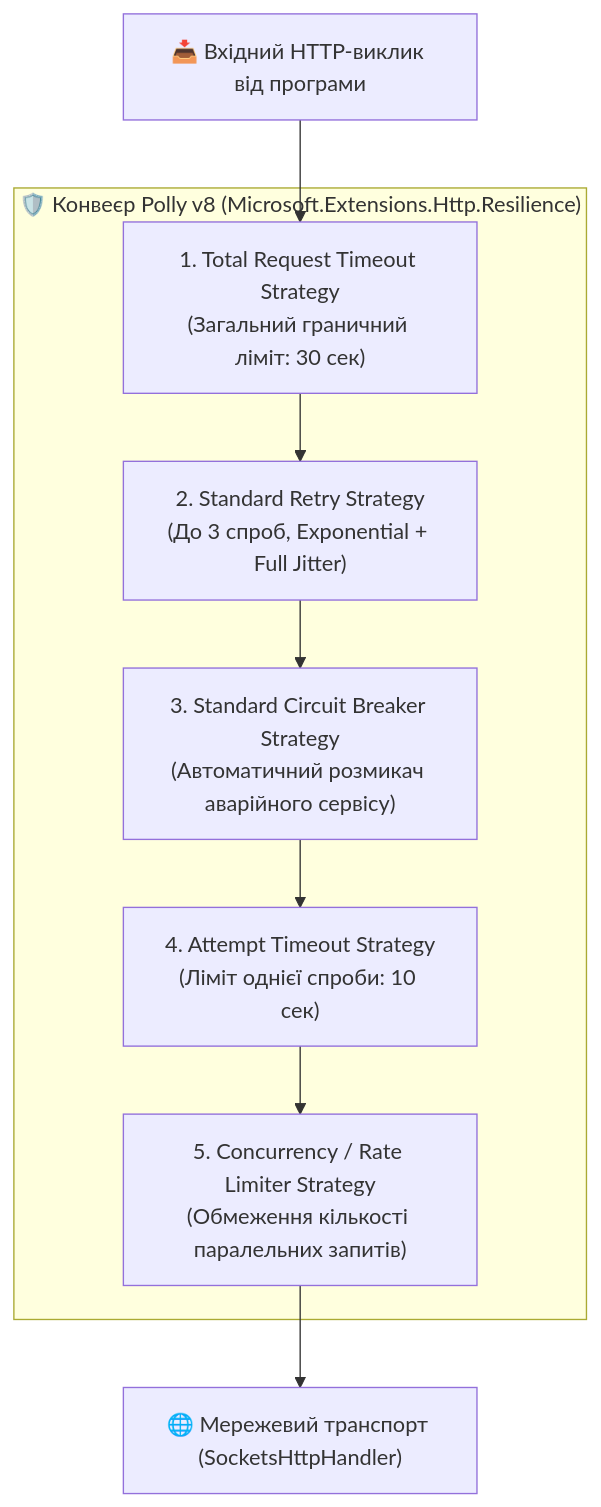
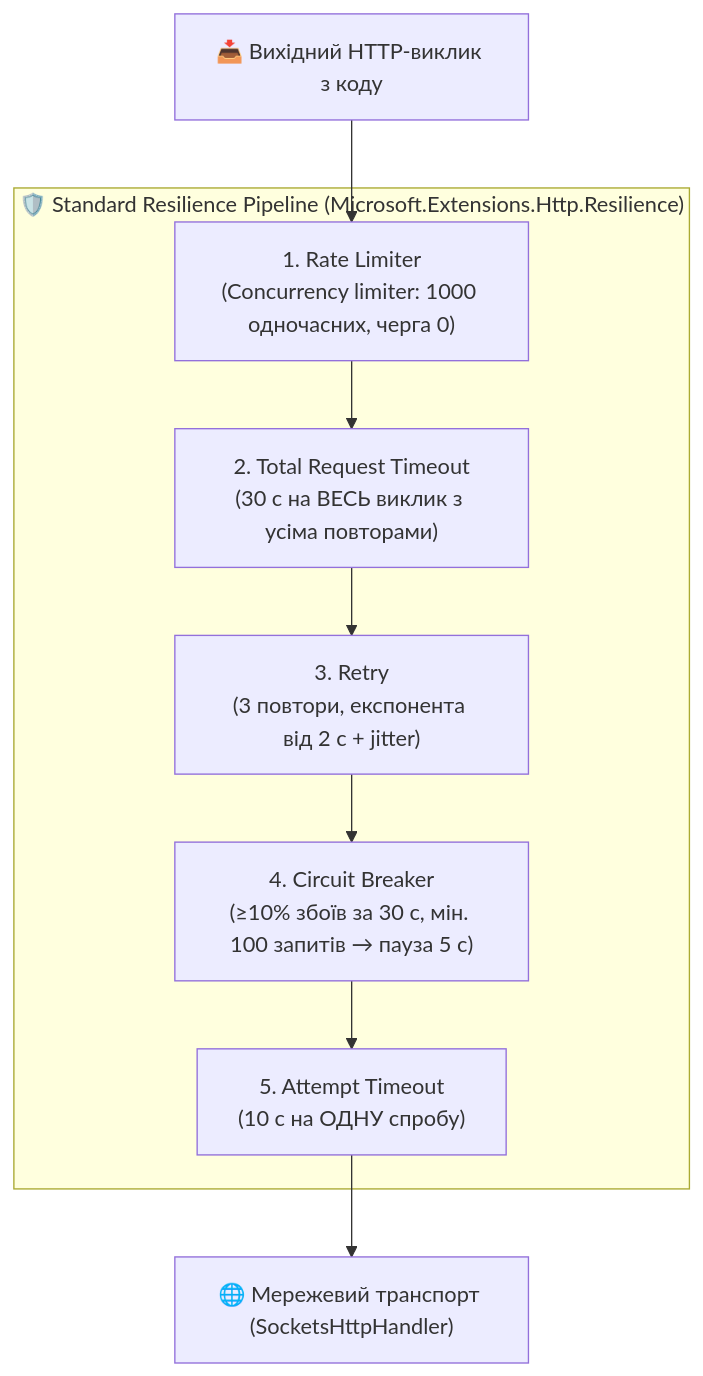
The fourth of 5 diagrams in 02-Microservices-Craftsman/02-01-Aspire-Documentation/06_ServiceDiscovery_Resilience_Polly_HttpClient.md (MrTomkaYurii/Demo-CargoDeliveryService), drawn with Mermaid before and after one commit. The commit also changed other lines of this file and 227 other files, not shown here.

````diff
--- a/02-Microservices-Craftsman/02-01-Aspire-Documentation/06_ServiceDiscovery_Resilience_Polly_HttpClient.md
+++ b/02-Microservices-Craftsman/02-01-Aspire-Documentation/06_ServiceDiscovery_Resilience_Polly_HttpClient.md
@@ -162,14 +171,14 @@
 ```mermaid
 flowchart TD
-    Req["📥 Вхідний HTTP-виклик від програми"] --> L1
+    Req["📥 Вихідний HTTP-виклик з коду"] --> L1
     
-    subgraph Pipeline ["🛡️ Конвеєр Polly v8 (Microsoft.Extensions.Http.Resilience)"]
-        L1["1. Total Request Timeout Strategy<br/>(Загальний граничний ліміт: 30 сек)"]
-        L1 --> L2["2. Standard Retry Strategy<br/>(До 3 спроб, Exponential + Full Jitter)"]
-        L2 --> L3["3. Standard Circuit Breaker Strategy<br/>(Автоматичний розмикач аварійного сервісу)"]
-        L3 --> L4["4. Attempt Timeout Strategy<br/>(Ліміт однієї спроби: 10 сек)"]
-        L4 --> L5["5. Concurrency / Rate Limiter Strategy<br/>(Обмеження кількості паралельних запитів)"]
+    subgraph Pipeline ["🛡️ Standard Resilience Pipeline (Microsoft.Extensions.Http.Resilience)"]
+        L1["1. Rate Limiter<br/>(Concurrency limiter: 1000 одночасних, черга 0)"]
+        L1 --> L2["2. Total Request Timeout<br/>(30 с на ВЕСЬ виклик з усіма повторами)"]
+        L2 --> L3["3. Retry<br/>(3 повтори, експонента від 2 с + jitter)"]
+        L3 --> L4["4. Circuit Breaker<br/>(≥10% збоїв за 30 с, мін. 100 запитів → пауза 5 с)"]
+        L4 --> L5["5. Attempt Timeout<br/>(10 с на ОДНУ спробу)"]
     end
     
     L5 --> Net["🌐 Мережевий транспорт (SocketsHttpHandler)"]
 ```
````
